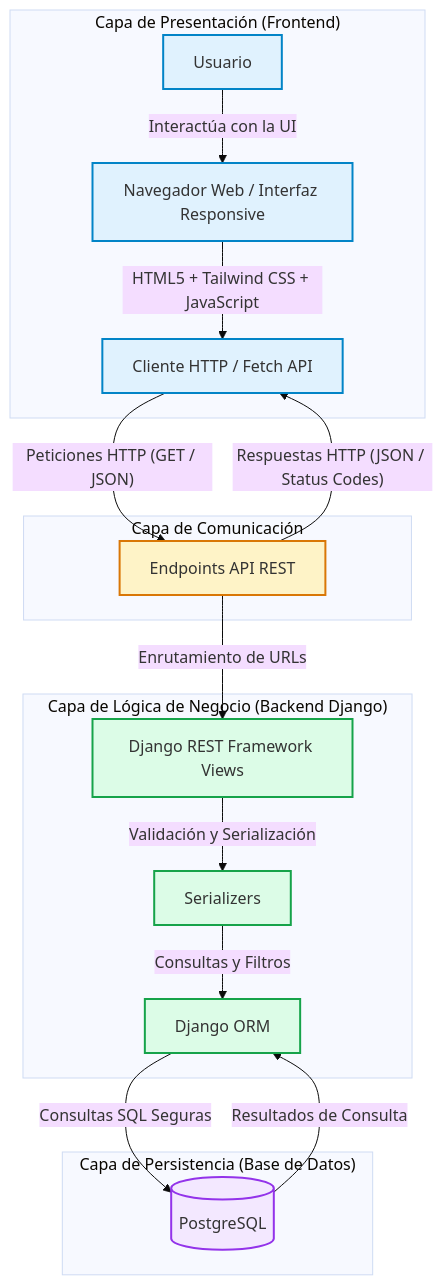
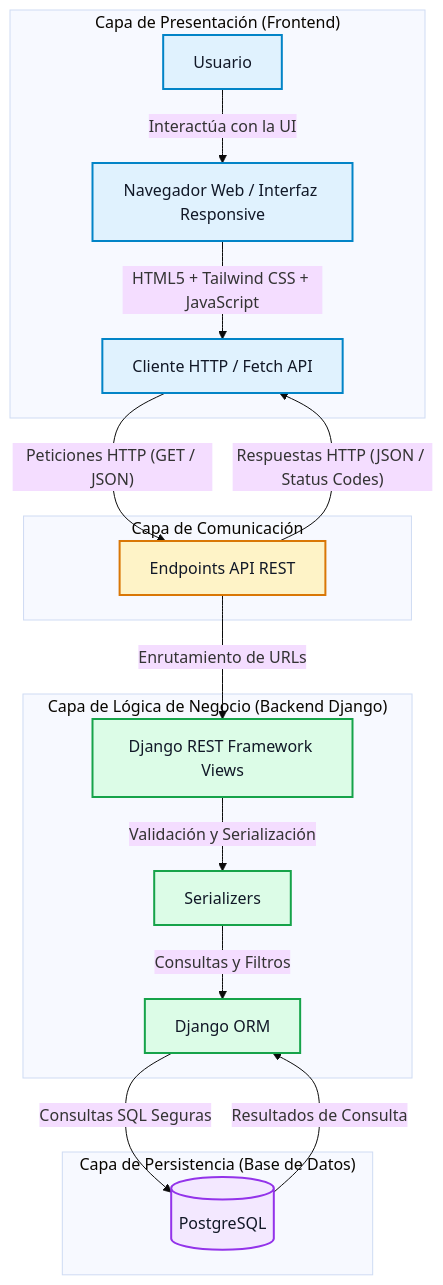
One commit to Darksam03/RuralConecta-ProyectoWeb changed the first of 3 diagrams in docs/arquitectura/especificacion-tecnica.md. Above: the diagram before and after it, drawn with Mermaid (base theme). The commit also changed other lines of this file and 2 other files, not shown here.

Commit message:
Modifiqued font tipe

````diff
--- a/docs/arquitectura/especificacion-tecnica.md
+++ b/docs/arquitectura/especificacion-tecnica.md
@@ -129,33 +129,33 @@
 ```mermaid
 graph TD
     subgraph "Capa de Presentación (Frontend)"
         A["Usuario"] -->|"Interactúa con la UI"| B["Navegador Web / Interfaz Responsive"]
         B -->|"HTML5 + Tailwind CSS + JavaScript"| C["Cliente HTTP / Fetch API"]
     end
 
     subgraph "Capa de Comunicación"
         C -->|"Peticiones HTTP (GET / JSON)"| D["Endpoints API REST"]
         D -->|"Respuestas HTTP (JSON / Status Codes)"| C
     end
 
     subgraph "Capa de Lógica de Negocio (Backend Django)"
         D -->|"Enrutamiento de URLs"| E["Django REST Framework Views"]
         E -->|"Validación y Serialización"| F["Serializers"]
         F -->|"Consultas y Filtros"| G["Django ORM"]
     end
 
     subgraph "Capa de Persistencia (Base de Datos)"
         G -->|"Consultas SQL Seguras"| H[("PostgreSQL")]
         H -->|"Resultados de Consulta"| G
     end
 
-    classDef client fill:#e0f2fe,stroke:#0284c7,stroke-width:2px;
-    classDef comm fill:#fef3c7,stroke:#d97706,stroke-width:2px;
-    classDef server fill:#dcfce7,stroke:#16a34a,stroke-width:2px;
-    classDef db fill:#f3e8ff,stroke:#9333ea,stroke-width:2px;
+    classDef client fill:#e0f2fe,stroke:#0284c7,stroke-width:2px,color:#111827;
+    classDef comm fill:#fef3c7,stroke:#d97706,stroke-width:2px,color:#111827;
+    classDef server fill:#dcfce7,stroke:#16a34a,stroke-width:2px,color:#111827;
+    classDef db fill:#f3e8ff,stroke:#9333ea,stroke-width:2px,color:#111827;
 
     class A,B,C client;
     class D comm;
     class E,F,G server;
     class H db;
 ```
````
